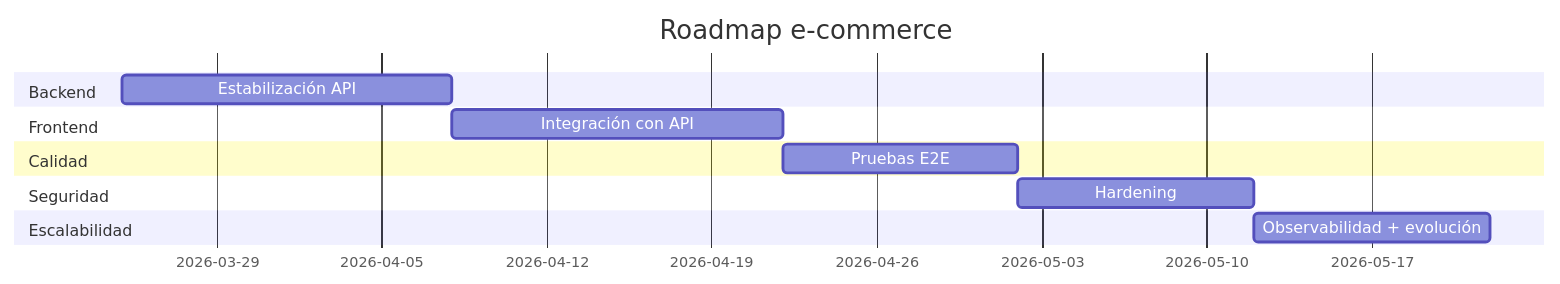
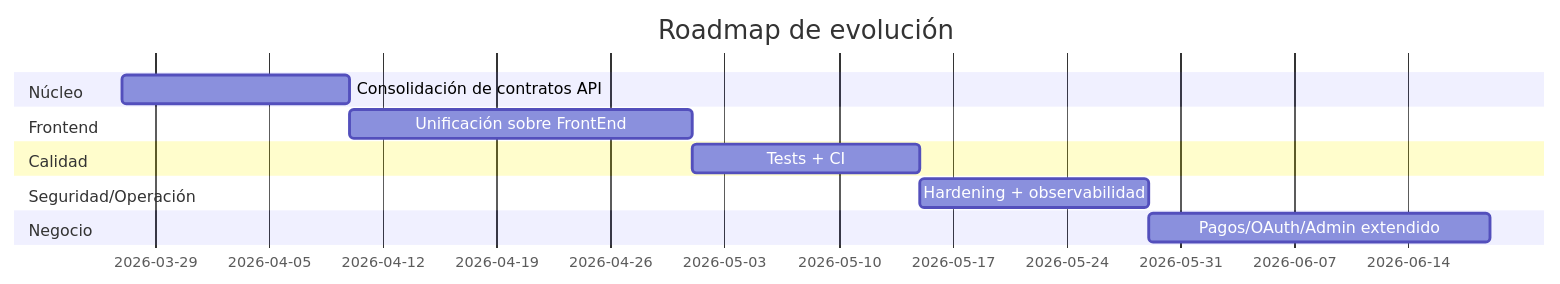
One commit to Ivy-Mk2/Proyecto-de-tienda-online---Front-Back-End changed the diagram in docs/arquitectura/07-Roadmap.md. Above: the diagram before and after it, drawn with Mermaid. The commit also changed other lines of this file and 8 other files, not shown here.

````diff
--- a/docs/arquitectura/07-Roadmap.md
+++ b/docs/arquitectura/07-Roadmap.md
@@ -30,15 +32,20 @@
 ```mermaid
 gantt
-  title Roadmap e-commerce
+  title Roadmap de evolución
   dateFormat  YYYY-MM-DD
-  section Backend
-  Estabilización API        :a1, 2026-03-25, 14d
+
+  section Núcleo
+  Consolidación de contratos API       :a1, 2026-03-27, 14d
+
   section Frontend
-  Integración con API       :a2, after a1, 14d
+  Unificación sobre FrontEnd           :a2, after a1, 21d
+
   section Calidad
-  Pruebas E2E               :a3, after a2, 10d
-  section Seguridad
-  Hardening                 :a4, after a3, 10d
-  section Escalabilidad
-  Observabilidad + evolución:a5, after a4, 10d
+  Tests + CI                           :a3, after a2, 14d
+
+  section Seguridad/Operación
+  Hardening + observabilidad           :a4, after a3, 14d
+
+  section Negocio
+  Pagos/OAuth/Admin extendido          :a5, after a4, 21d
 ```
````
